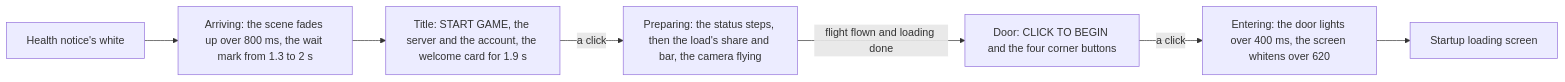
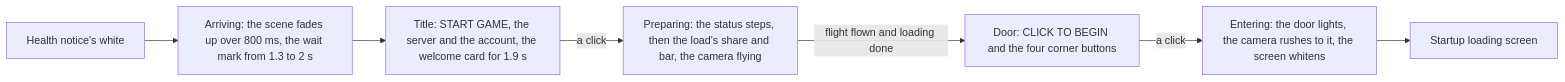
One commit to Esposter/Esposter changed the first of 2 diagrams in apps/web/content/docs/genshin/login-screen.md. Above: the diagram before and after it, drawn with Mermaid. The commit also changed other lines of this file and 12 other files, not shown here.

````diff
--- a/apps/web/content/docs/genshin/login-screen.md
+++ b/apps/web/content/docs/genshin/login-screen.md
@@ -12,9 +12,9 @@
 ```mermaid
 flowchart LR
   N[Health notice's white] --> A[Arriving: the scene fades up over 800 ms, the wait mark from 1.3 to 2 s]
   A --> T[Title: START GAME, the server and the account, the welcome card for 1.9 s]
   T -->|a click| P[Preparing: the status steps, then the load's share and bar, the camera flying]
   P -->|"flight flown and loading done"| D[Door: CLICK TO BEGIN and the four corner buttons]
-  D -->|a click| E[Entering: the door lights over 400 ms, the screen whitens over 620]
+  D -->|a click| E[Entering: the door lights, the camera rushes to it, the screen whitens]
   E --> S[Startup loading screen]
 ```
````
